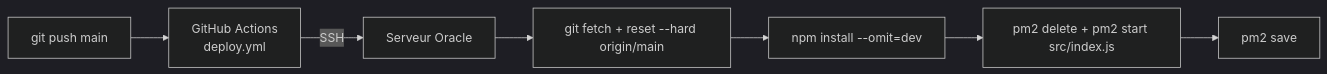
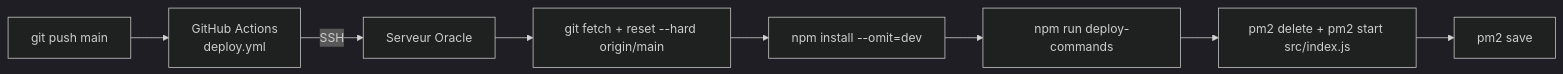
The diagram in docs/deploiement.md (JustinEvrard/DiscordSafe), drawn with Mermaid (dark theme) before and after one commit. The commit also changed other lines of this file and 7 other files, not shown here.

````diff
--- a/docs/deploiement.md
+++ b/docs/deploiement.md
@@ -7,9 +7,10 @@
 ```mermaid
 flowchart LR
     P[git push main] --> GA[GitHub Actions<br/>deploy.yml]
     GA -->|SSH| S[Serveur Oracle]
     S --> F[git fetch + reset --hard origin/main]
     F --> N[npm install --omit=dev]
-    N --> R[pm2 delete + pm2 start src/index.js]
+    N --> C[npm run deploy-commands]
+    C --> R[pm2 delete + pm2 start src/index.js]
     R --> SV[pm2 save]
 ```
````
